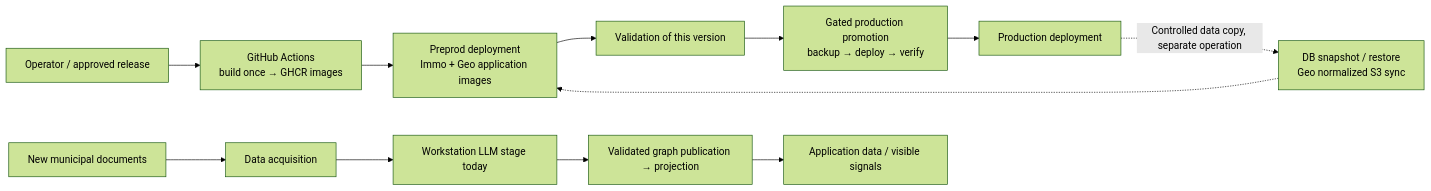
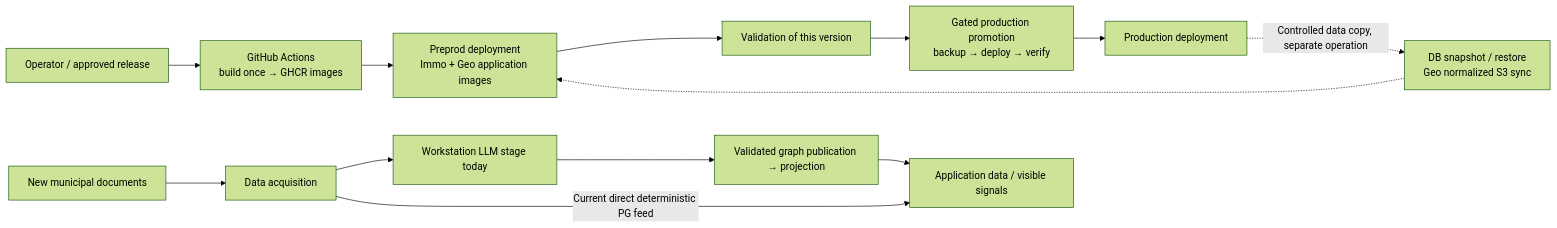
Before and after one commit to rhanka/radar-immobilier: the fourth of 4 diagrams in docs/architecture.md, drawn with Mermaid (forest theme). The commit also changed other lines of this file and 2 other files, not shown here.

Commit message:
docs(architecture): reconcile Geo storage and resource register

````diff
--- a/docs/architecture.md
+++ b/docs/architecture.md
@@ -300,14 +309,15 @@
 ```mermaid
 flowchart LR
   operator["Operator / approved release"] --> ci["GitHub Actions<br/>build once → GHCR images"]
   ci --> pp["Preprod deployment<br/>Immo + Geo application images"]
   pp --> acceptance["Validation of this version"]
   acceptance --> promote["Gated production promotion<br/>backup → deploy → verify"]
   promote --> prod["Production deployment"]
   prod -.->|"Controlled data copy, separate operation"| refresh["DB snapshot / restore<br/>Geo normalized S3 sync"]
   refresh -.-> pp
   corpus["New municipal documents"] --> scrape["Data acquisition"]
   scrape --> local["Workstation LLM stage today"]
   local --> projection["Validated graph publication → projection"]
   projection --> appdata["Application data / visible signals"]
+  scrape -->|"Current direct deterministic PG feed"| appdata
 ```
````
